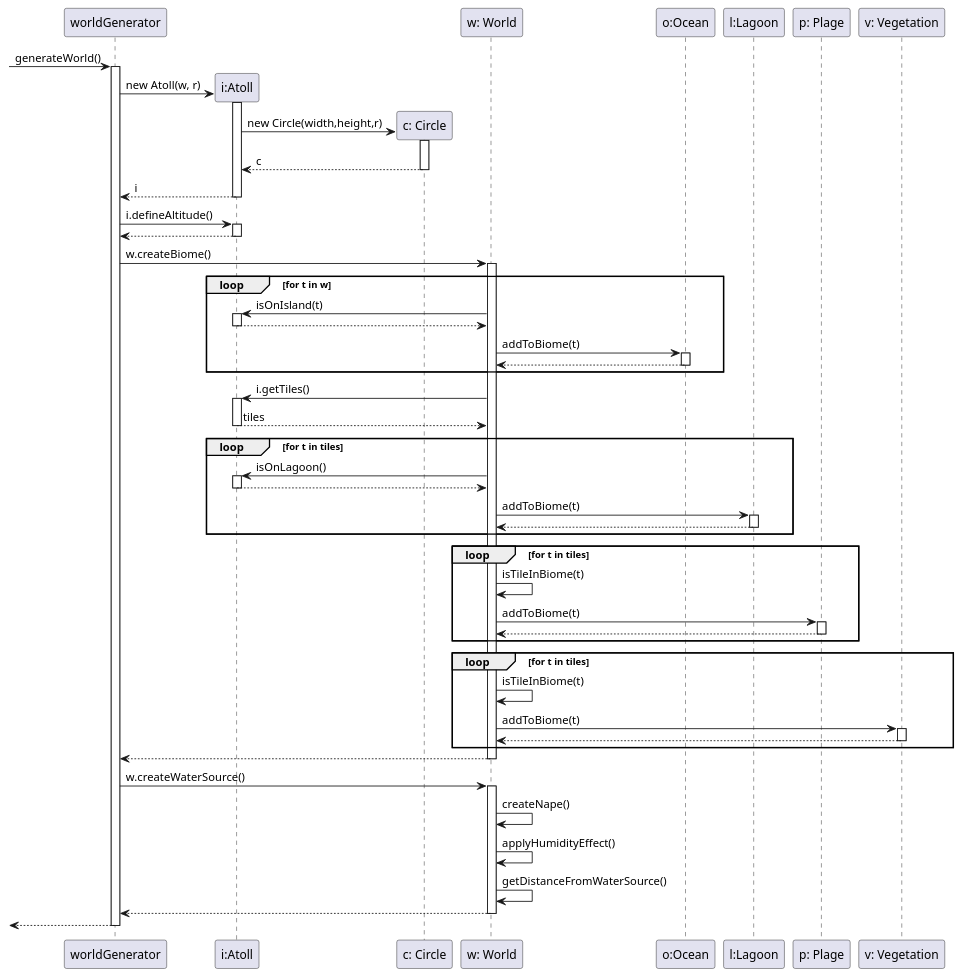
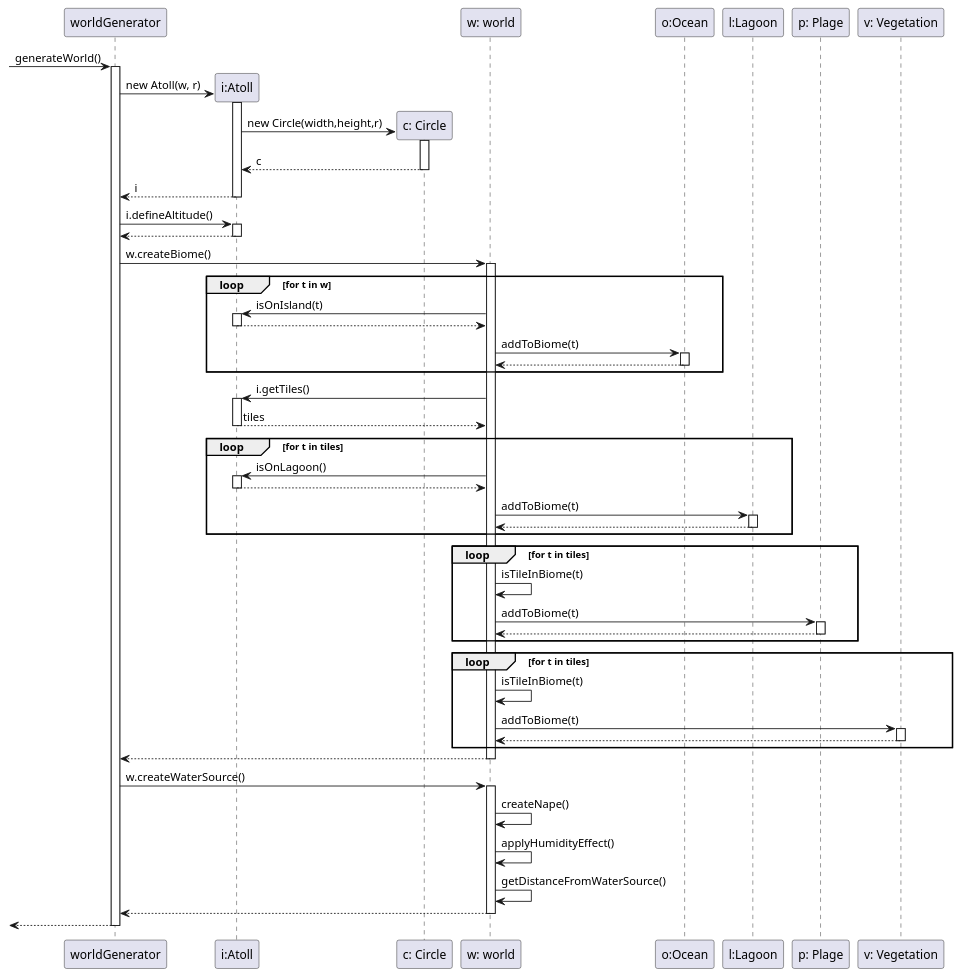
One commit to cryptoswarm/terrain-generator changed the diagram in diagrammeDeSequence_map.puml. Above: the diagram before and after it, drawn with PlantUML. The commit also changed 92 other files, not shown here.

```diff
--- a/diagrammeDeSequence_map.puml
+++ b/diagrammeDeSequence_map.puml
@@ -1,76 +1,76 @@
 @startuml
 participant worldGenerator as C
 [->C: generateWorld()
 activate C
     create participant "i:Atoll" as A
     C -> A: new Atoll(w, r)
     activate A
         create participant "c: Circle" as CI
         A -> CI: new Circle(width,height,r)
         activate CI
             A <-- CI: c
         deactivate CI
         C <-- A: i
     deactivate A
     C -> A: i.defineAltitude()
     activate A
         C <-- A
     deactivate A
-    participant "w: World" as W
+    participant "w: world" as W
     C -> W: w.createBiome()
     activate W
         loop for t in w
             W -> A: isOnIsland(t)
             activate A
                 W <--A
             deactivate A
             participant "o:Ocean" as O
             W -> O: addToBiome(t)
             activate O
                 W <-- O
             deactivate O
         end
         W -> A: i.getTiles()
         activate A
             W <-- A: tiles
         deactivate A
         loop for t in tiles
             W -> A: isOnLagoon()
             activate A
                 W <-- A
             deactivate A
             participant "l:Lagoon" as L
             W -> L: addToBiome(t)
             activate L
                 W <-- L
             deactivate L
         end
         loop for t in tiles
             W -> W: isTileInBiome(t)
             participant "p: Plage" as P
             W -> P: addToBiome(t)
             activate P
                 W <-- P
             deactivate P
         end
         loop for t in tiles
             W -> W: isTileInBiome(t)
             participant "v: Vegetation" as V
             W -> V: addToBiome(t)
             activate V
                 W <-- V
             deactivate V
         end
         C <-- W
     deactivate W
     C -> W: w.createWaterSource()
     activate W
         W -> W: createNape()
         W -> W: applyHumidityEffect()
         W -> W: getDistanceFromWaterSource()
         C <-- W
     deactivate W
     [<--C
 deactivate C
 
 @enduml
```
